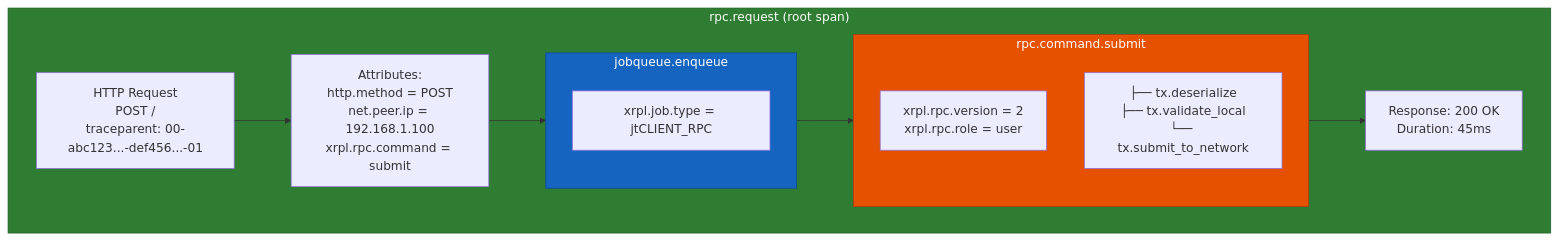
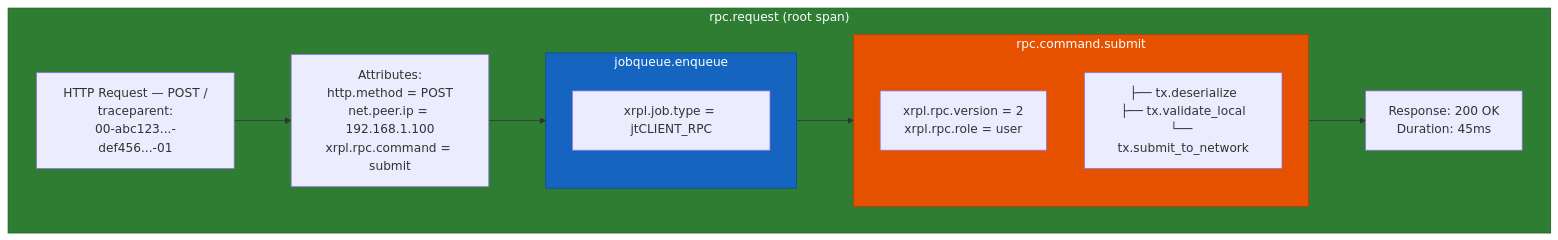
Before and after one commit to XRPLF/rippled: the fourth of 6 diagrams in OpenTelemetryPlan/01-architecture-analysis.md, drawn with Mermaid. The commit also changed other lines of this file and 12 other files, not shown here.

````diff
--- a/OpenTelemetryPlan/01-architecture-analysis.md
+++ b/OpenTelemetryPlan/01-architecture-analysis.md
@@ -151,28 +245,28 @@
 ```mermaid
 flowchart TB
     subgraph request["rpc.request (root span)"]
-        http["HTTP Request<br/>POST /<br/>traceparent: 00-abc123...-def456...-01"]
+        http["HTTP Request — POST /<br/>traceparent:<br/>00-abc123...-def456...-01"]
 
         attrs["Attributes:<br/>http.method = POST<br/>net.peer.ip = 192.168.1.100<br/>xrpl.rpc.command = submit"]
 
         subgraph enqueue["jobqueue.enqueue"]
             job_attr["xrpl.job.type = jtCLIENT_RPC"]
         end
 
         subgraph command["rpc.command.submit"]
             cmd_attrs["xrpl.rpc.version = 2<br/>xrpl.rpc.role = user"]
             cmd_children["├── tx.deserialize<br/>├── tx.validate_local<br/>└── tx.submit_to_network"]
         end
 
         response["Response: 200 OK<br/>Duration: 45ms"]
 
         http --> attrs
         attrs --> enqueue
         enqueue --> command
         command --> response
     end
 
     style request fill:#2e7d32,stroke:#1b5e20,color:#ffffff
     style enqueue fill:#1565c0,stroke:#0d47a1,color:#ffffff
     style command fill:#e65100,stroke:#bf360c,color:#ffffff
 ```
````
